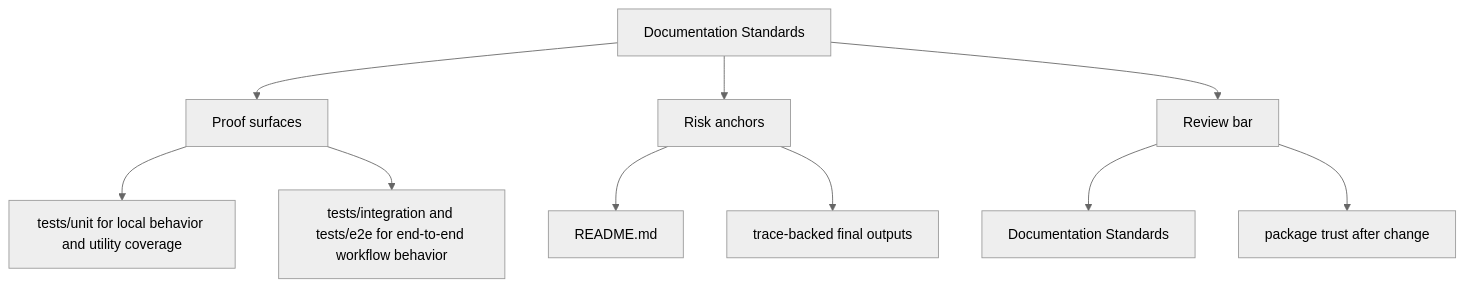
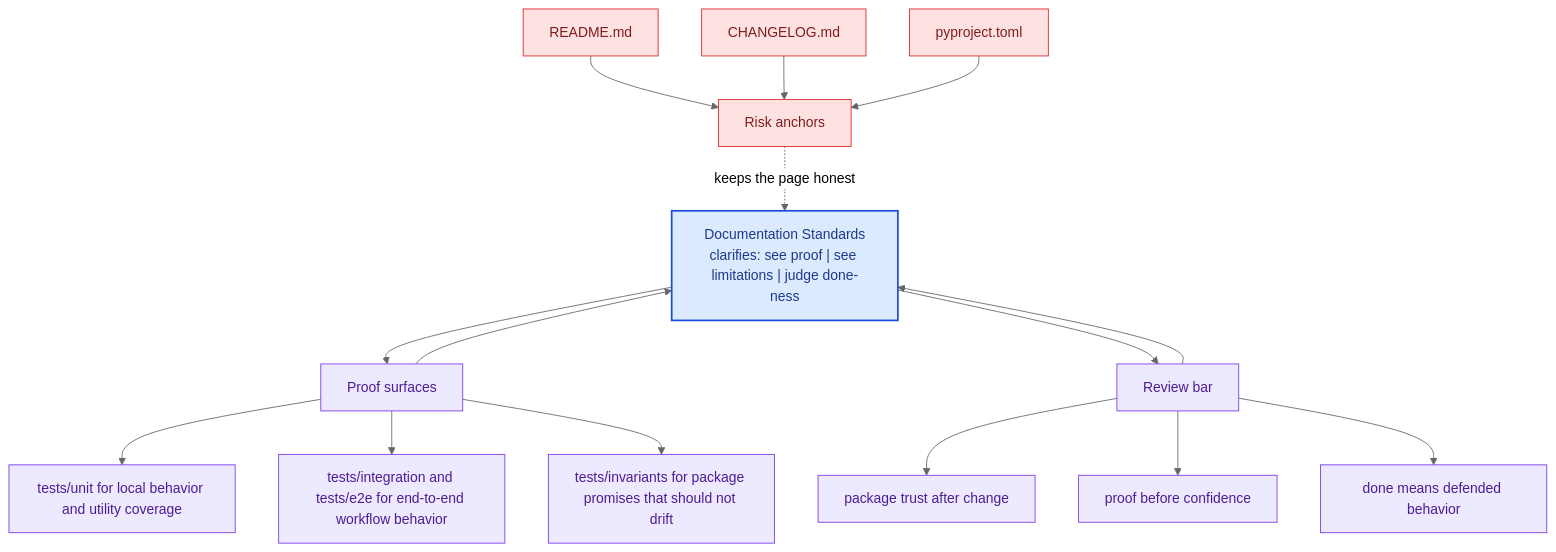
The second of 2 diagrams in docs/bijux-canon-agent/quality/documentation-standards.md (bijux/bijux-canon), drawn with Mermaid (neutral theme) before and after one commit. The commit also changed other lines of this file and 281 other files, not shown here.

Commit message:
docs(diagrams): deepen handbook mermaid maps across the catalog

````diff
--- a/docs/bijux-canon-agent/quality/documentation-standards.md
+++ b/docs/bijux-canon-agent/quality/documentation-standards.md
@@ -34,22 +67,41 @@
 ```mermaid
-flowchart TD
-    page["Documentation Standards"]
+flowchart TB
+    promise["Documentation Standards<br/>clarifies: see proof | see limitations | judge done-ness"]
+    classDef promise fill:#dbeafe,stroke:#1d4ed8,color:#1e3a8a,stroke-width:2px;
+    classDef driver fill:#dcfce7,stroke:#16a34a,color:#14532d;
+    classDef constraint fill:#fee2e2,stroke:#dc2626,color:#7f1d1d;
+    classDef ground fill:#ede9fe,stroke:#7c3aed,color:#4c1d95;
     focus1["Proof surfaces"]
-    page --> focus1
+    focus1 --> promise
+    promise --> focus1
     focus1_1["tests/unit for local behavior and utility coverage"]
     focus1 --> focus1_1
     focus1_2["tests/integration and tests/e2e for end-to-end workflow behavior"]
     focus1 --> focus1_2
+    focus1_3["tests/invariants for package promises that should not drift"]
+    focus1 --> focus1_3
+    class focus1 ground;
+    class focus1_1,focus1_2,focus1_3 ground;
     focus2["Risk anchors"]
-    page --> focus2
+    focus2 -.keeps the page honest.-> promise
     focus2_1["README.md"]
-    focus2 --> focus2_1
-    focus2_2["trace-backed final outputs"]
-    focus2 --> focus2_2
+    focus2_1 --> focus2
+    focus2_2["CHANGELOG.md"]
+    focus2_2 --> focus2
+    focus2_3["pyproject.toml"]
+    focus2_3 --> focus2
+    class focus2 constraint;
+    class focus2_1,focus2_2,focus2_3 constraint;
     focus3["Review bar"]
-    page --> focus3
-    focus3_1["Documentation Standards"]
+    focus3 --> promise
+    promise --> focus3
+    focus3_1["package trust after change"]
     focus3 --> focus3_1
-    focus3_2["package trust after change"]
+    focus3_2["proof before confidence"]
     focus3 --> focus3_2
+    focus3_3["done means defended behavior"]
+    focus3 --> focus3_3
+    class focus3 ground;
+    class focus3_1,focus3_2,focus3_3 ground;
+    class promise promise;
 ```
````
